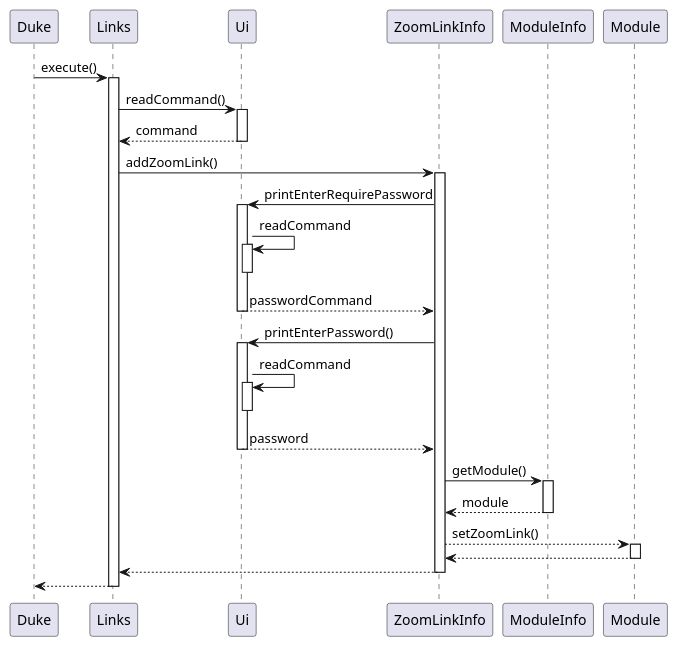
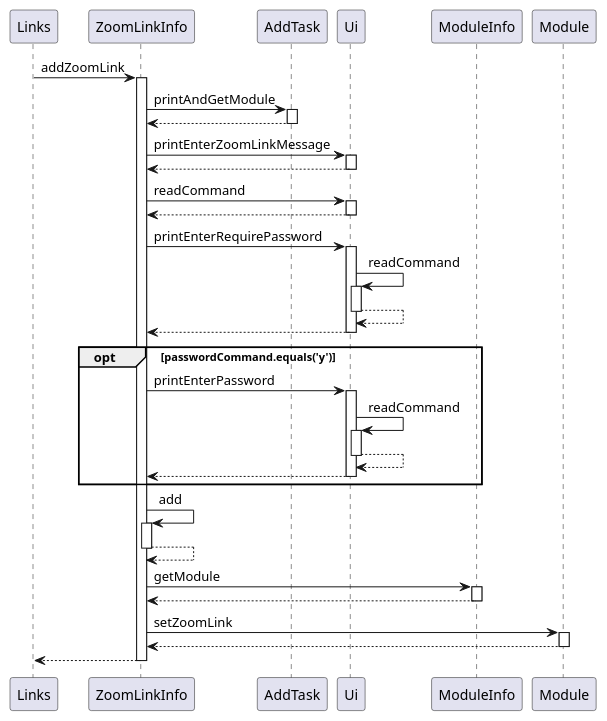
One commit to nus-cs2113-AY2021S2/tp changed the diagram in docs/diagrams/addZoomLink.puml. Above: the diagram before and after it, drawn with PlantUML. The commit also changed 8 other files, not shown here.

Commit message:
add updated diagram for dg and changed zoom links ui

```diff
--- a/docs/diagrams/addZoomLink.puml
+++ b/docs/diagrams/addZoomLink.puml
@@ -1,37 +1,50 @@
 @startuml
-participant Duke
-Duke -> Links : execute()
-activate Links
-Links -> Ui : readCommand()
+participant Links
+Links -> ZoomLinkInfo : addZoomLink
+activate ZoomLinkInfo
+ZoomLinkInfo -> AddTask : printAndGetModule
+activate AddTask
+AddTask --> ZoomLinkInfo
+deactivate AddTask
+ZoomLinkInfo -> Ui : printEnterZoomLinkMessage
 activate Ui
-Ui --> Links : command
+Ui --> ZoomLinkInfo
 deactivate Ui
-Links -> ZoomLinkInfo : addZoomLink()
-activate ZoomLinkInfo
+ZoomLinkInfo -> Ui : readCommand
+activate Ui
+Ui --> ZoomLinkInfo
+deactivate Ui
 ZoomLinkInfo -> Ui : printEnterRequirePassword
 activate Ui
 Ui -> Ui : readCommand
 activate Ui
+Ui --> Ui
 deactivate Ui
-Ui --> ZoomLinkInfo :  passwordCommand
+Ui --> ZoomLinkInfo
 deactivate Ui
-ZoomLinkInfo -> Ui : printEnterPassword()
+
+opt passwordCommand.equals('y')
+ZoomLinkInfo -> Ui : printEnterPassword
 activate Ui
 Ui -> Ui : readCommand
 activate Ui
+Ui --> Ui
 deactivate Ui
-Ui --> ZoomLinkInfo : password
+Ui --> ZoomLinkInfo
 deactivate Ui
-ZoomLinkInfo -> ModuleInfo : getModule()
+end
+
+ZoomLinkInfo -> ZoomLinkInfo : add
+activate ZoomLinkInfo
+ZoomLinkInfo --> ZoomLinkInfo
+deactivate ZoomLinkInfo
+ZoomLinkInfo -> ModuleInfo : getModule
 activate ModuleInfo
-ModuleInfo --> ZoomLinkInfo : module
+ModuleInfo --> ZoomLinkInfo
 deactivate ModuleInfo
-ZoomLinkInfo --> Module : setZoomLink()
+ZoomLinkInfo -> Module : setZoomLink
 activate Module
 Module --> ZoomLinkInfo
-deactivate Module
-ZoomLinkInfo --> Links
-deactivate ZoomLinkInfo
-
+deactivate
 return
 @enduml
```
